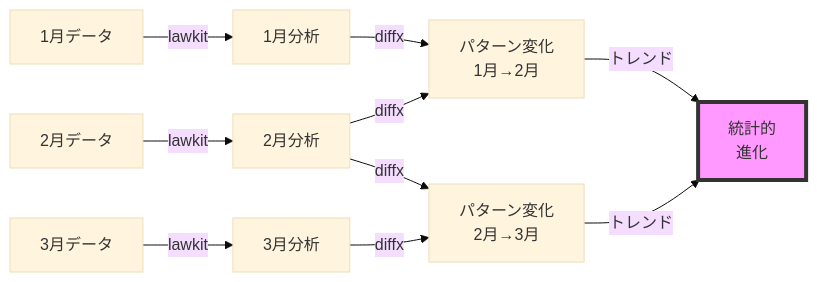
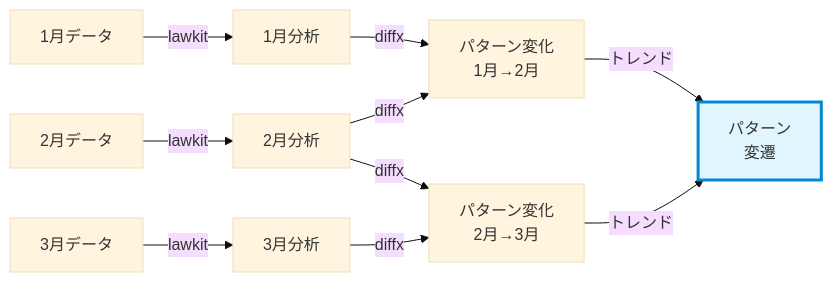
The second of 2 diagrams in README_ja.md (kako-jun/lawkit), drawn with Mermaid (base theme) before and after one commit. The commit also changed other lines of this file and 2 other files, not shown here.

````diff
--- a/README_ja.md
+++ b/README_ja.md
@@ -269,16 +269,16 @@
 ```mermaid
 graph LR
     A[1月データ] -->|lawkit| B[1月分析]
     C[2月データ] -->|lawkit| D[2月分析]
     E[3月データ] -->|lawkit| F[3月分析]
     
     B -->|diffx| G[パターン変化<br/>1月→2月]
     D -->|diffx| G
     D -->|diffx| H[パターン変化<br/>2月→3月]
     F -->|diffx| H
     
-    G -->|トレンド| I[統計的<br/>進化]
+    G -->|トレンド| I[パターン<br/>変遷]
     H -->|トレンド| I
     
-    style I fill:#f9f,stroke:#333,stroke-width:4px
+    style I fill:#e1f5fe,stroke:#0288d1,stroke-width:3px
 ```
````
